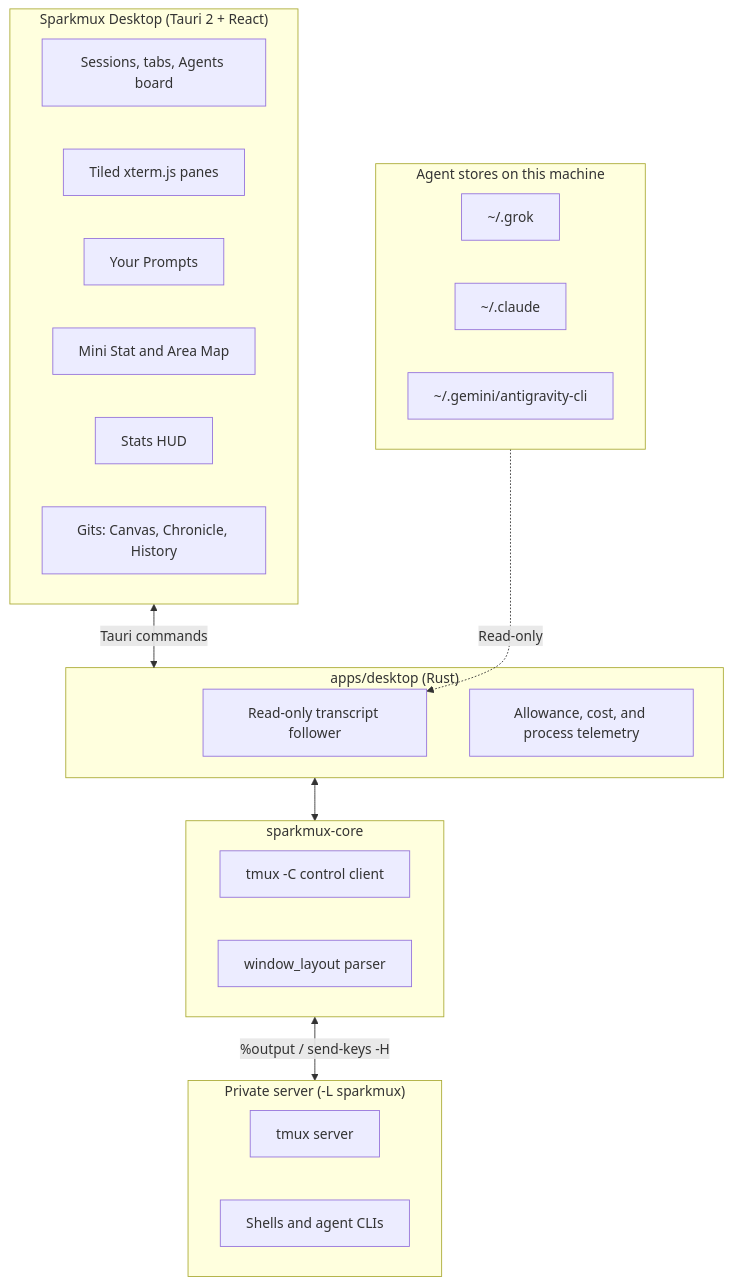
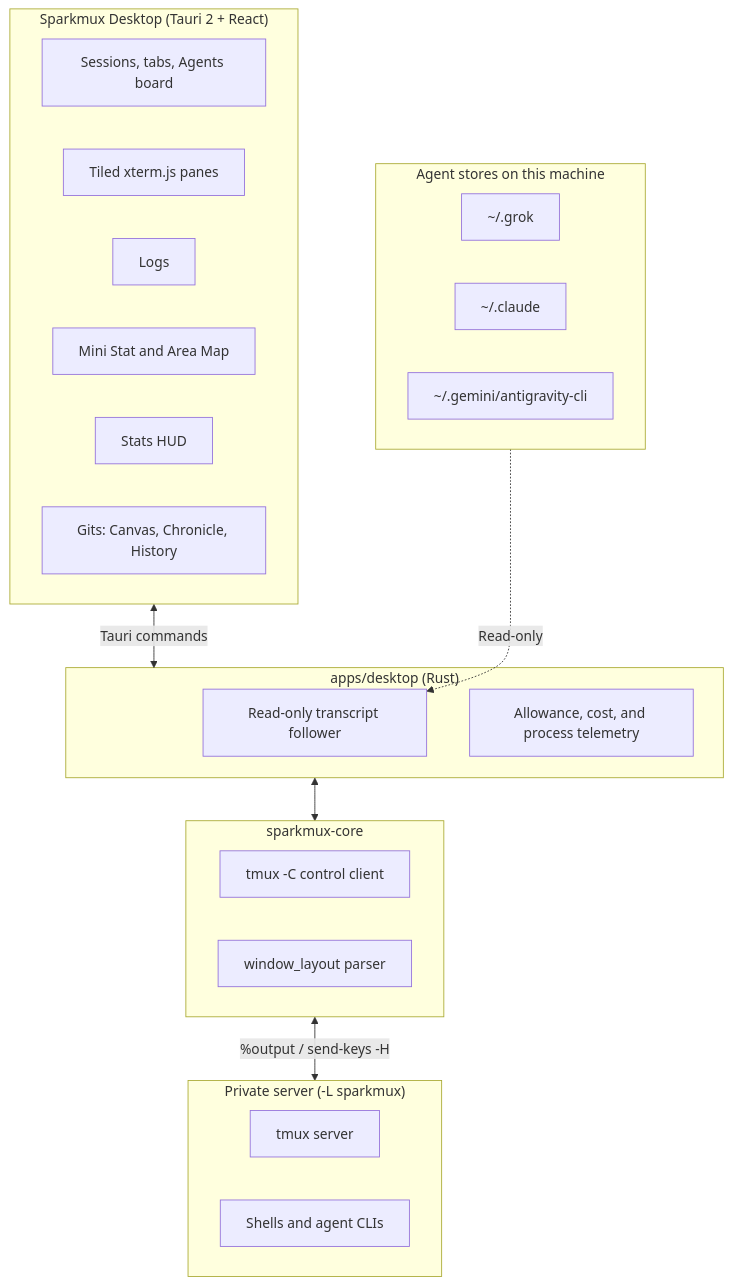
One commit to darrenkoh/sparkmux changed the diagram in README.md. Above: the diagram before and after it, drawn with Mermaid. The commit also changed other lines of this file and 5 other files, not shown here.

First line of the commit message:
feat(logs): rename Your Prompts to Logs and light the Gits border

````diff
--- a/README.md
+++ b/README.md
@@ -169,37 +169,37 @@
 ```mermaid
 flowchart TD
     subgraph UI ["Sparkmux Desktop (Tauri 2 + React)"]
         Sidebar["Sessions, tabs, Agents board"]
         Terminals["Tiled xterm.js panes"]
-        Prompts["Your Prompts"]
+        Logs["Logs"]
         Mini["Mini Stat and Area Map"]
         Stats["Stats HUD"]
         Gits["Gits: Canvas, Chronicle, History"]
     end
 
     subgraph Desktop ["apps/desktop (Rust)"]
         Follower["Read-only transcript follower"]
         Usage["Allowance, cost, and process telemetry"]
     end
 
     subgraph Core ["sparkmux-core"]
         Client["tmux -C control client"]
         LayoutParser["window_layout parser"]
     end
 
     subgraph TmuxServer ["Private server (-L sparkmux)"]
         TmuxD["tmux server"]
         Panes["Shells and agent CLIs"]
     end
 
     subgraph Agents ["Agent stores on this machine"]
         Grok["~/.grok"]
         Claude["~/.claude"]
         AGY["~/.gemini/antigravity-cli"]
     end
 
     UI <-->|"Tauri commands"| Desktop
     Desktop <--> Core
     Core <-->|"%output / send-keys -H"| TmuxServer
     Agents -.->|"Read-only"| Follower
 ```
````
